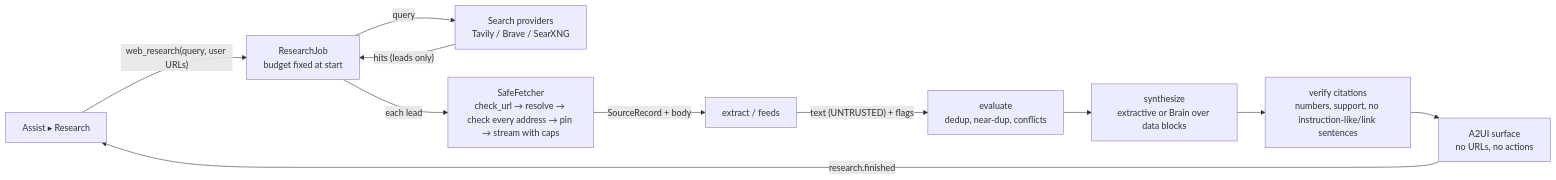
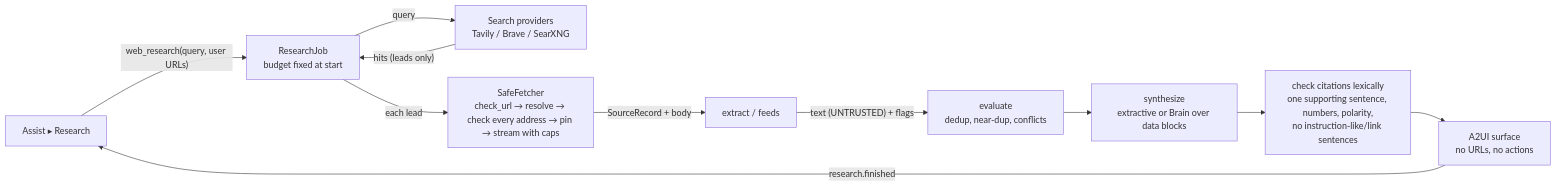
The second of 2 diagrams in docs/assist/03_PERMISSION_AND_DATA_FLOW.md (sche004-cyber/Uri), drawn with Mermaid before and after one commit. The commit also changed other lines of this file and 13 other files, not shown here.

````diff
--- a/docs/assist/03_PERMISSION_AND_DATA_FLOW.md
+++ b/docs/assist/03_PERMISSION_AND_DATA_FLOW.md
@@ -46,13 +46,13 @@
 ```mermaid
 flowchart LR
   UI[Assist ▸ Research] -- web_research(query, user URLs) --> J[ResearchJob\nbudget fixed at start]
   J -- query --> P[Search providers\nTavily / Brave / SearXNG]
   P -- hits (leads only) --> J
   J -- each lead --> SF[SafeFetcher\ncheck_url → resolve → check every address → pin → stream with caps]
   SF -- SourceRecord + body --> EX[extract / feeds]
   EX -- text (UNTRUSTED) + flags --> EV[evaluate\ndedup, near-dup, conflicts]
   EV --> SY[synthesize\nextractive or Brain over data blocks]
-  SY --> VF[verify citations\nnumbers, support, no instruction-like/link sentences]
+  SY --> VF[check citations lexically\none supporting sentence, numbers, polarity,\nno instruction-like/link sentences]
   VF --> SU[A2UI surface\nno URLs, no actions]
   SU -- research.finished --> UI
 ```
````
